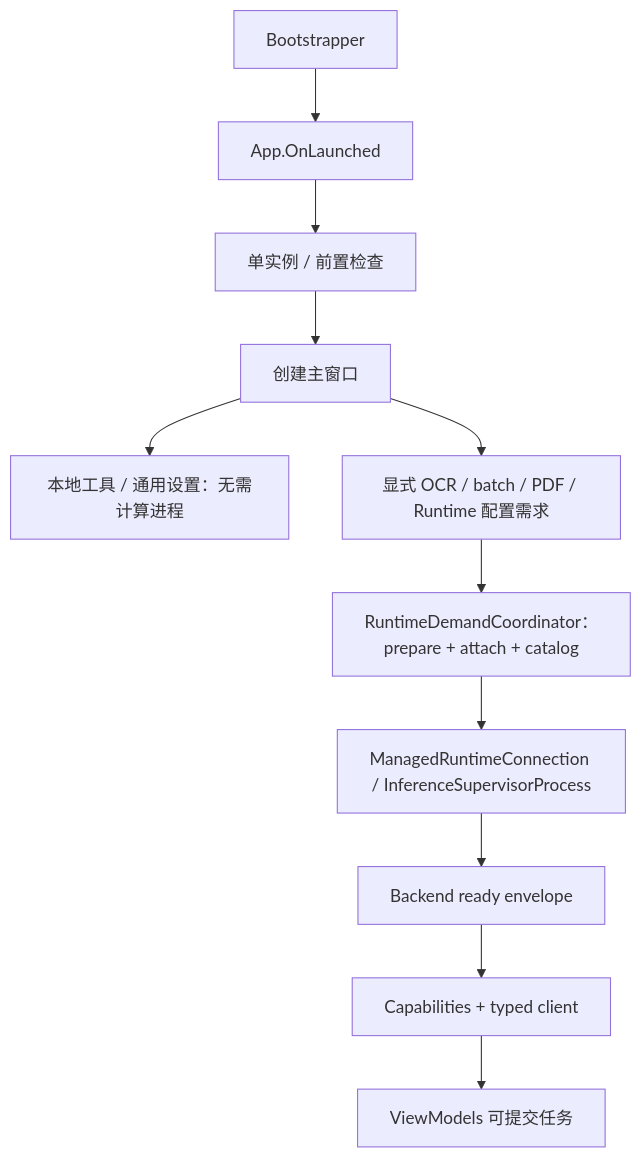
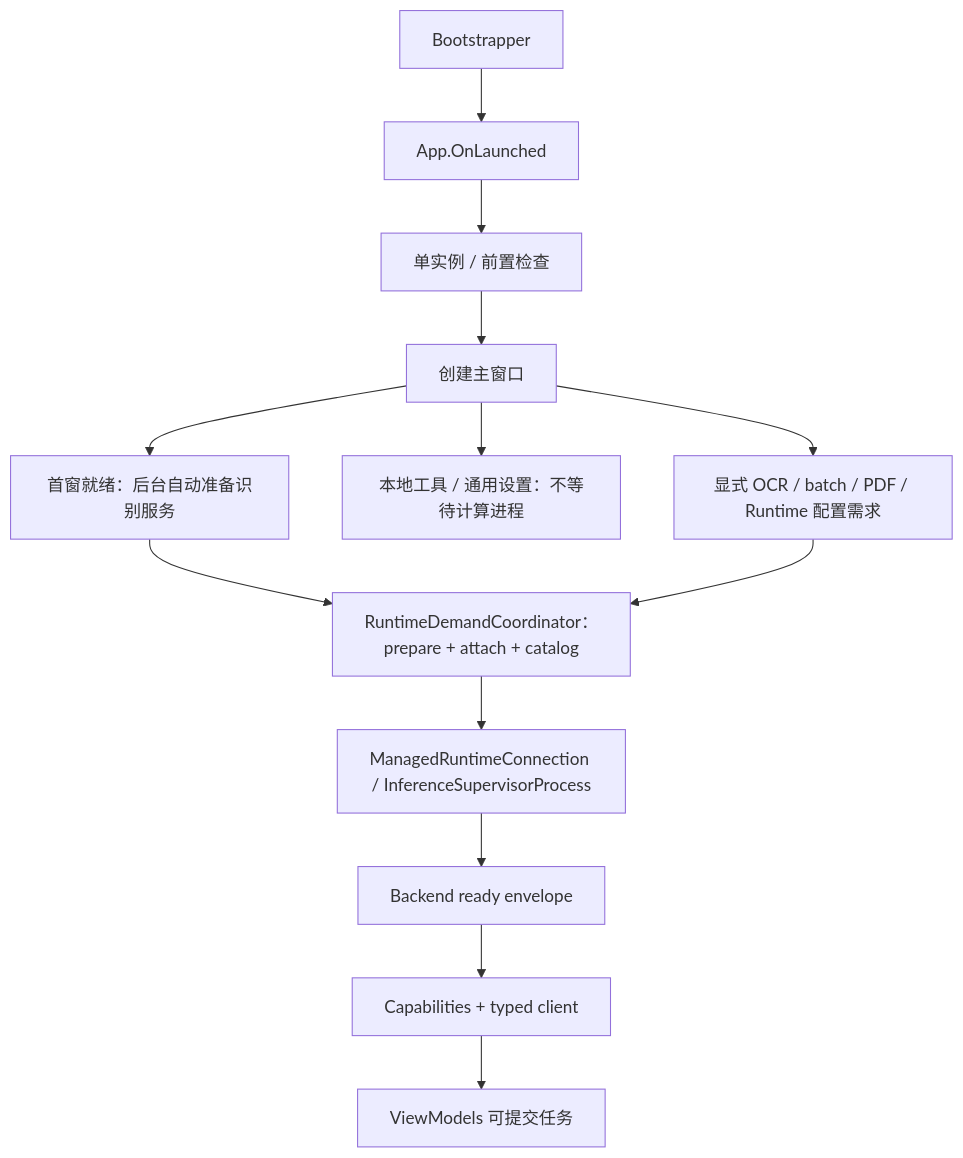
The first of 2 diagrams in docs/source-reading-guide.md (FelixJI/vibeocr-next), drawn with Mermaid before and after one commit. The commit also changed other lines of this file and 8 other files, not shown here.

````diff
--- a/docs/source-reading-guide.md
+++ b/docs/source-reading-guide.md
@@ -64,13 +64,15 @@
 ```mermaid
 flowchart TD
     A["Bootstrapper"] --> B["App.OnLaunched"]
     B --> C["单实例 / 前置检查"]
     C --> D["创建主窗口"]
-    D --> P["本地工具 / 通用设置：无需计算进程"]
+    D --> S["首窗就绪：后台自动准备识别服务"]
+    D --> P["本地工具 / 通用设置：不等待计算进程"]
     D --> Q["显式 OCR / batch / PDF / Runtime 配置需求"]
-    Q --> R["RuntimeDemandCoordinator：prepare + attach + catalog"]
+    S --> R["RuntimeDemandCoordinator：prepare + attach + catalog"]
+    Q --> R
     R --> E["ManagedRuntimeConnection / InferenceSupervisorProcess"]
     E --> F["Backend ready envelope"]
     F --> G["Capabilities + typed client"]
     G --> H["ViewModels 可提交任务"]
 ```
````
